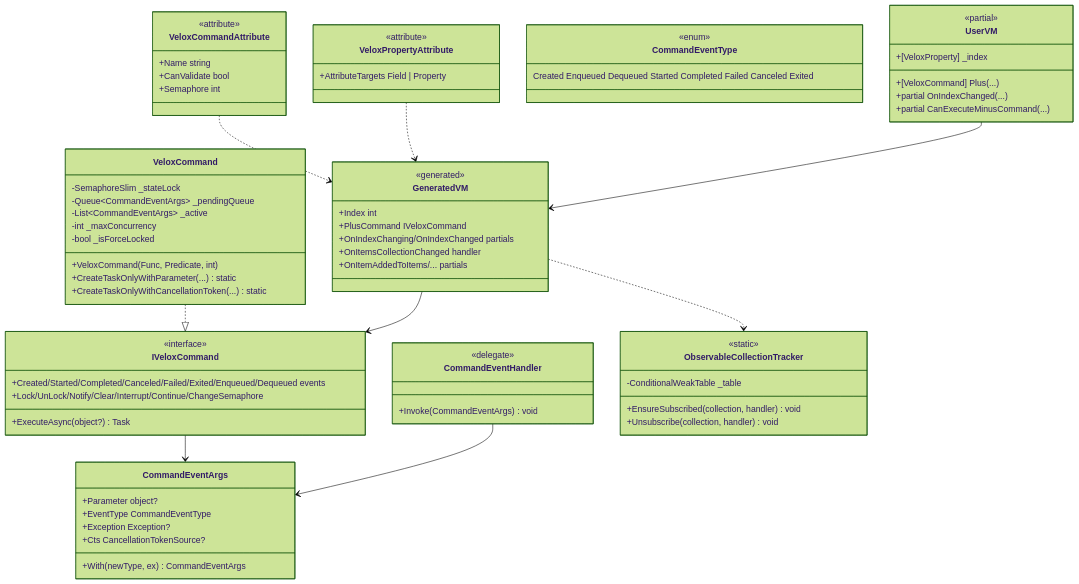
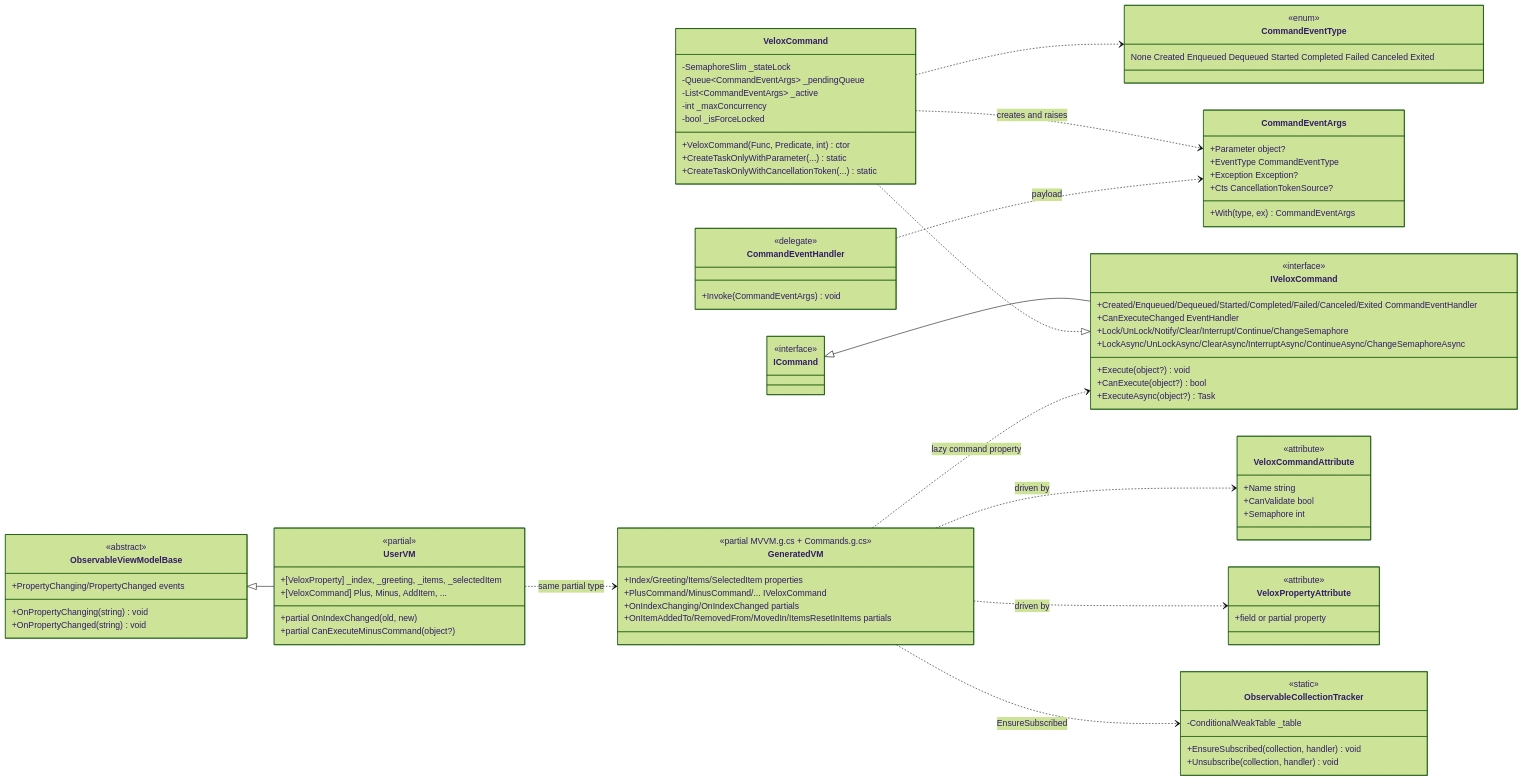
One commit to Axvser/VeloxDev.Docs changed the first of 2 diagrams in src/CloudGlyph/Assets/Docs/content/en/3_SE_Analysis/02_design-patterns/02_mvvm/index.md. Above: the diagram before and after it, drawn with Mermaid (forest theme). The commit also changed other lines of this file and 443 other files, not shown here.

````diff
--- a/src/CloudGlyph/Assets/Docs/content/en/3_SE_Analysis/02_design-patterns/02_mvvm/index.md
+++ b/src/CloudGlyph/Assets/Docs/content/en/3_SE_Analysis/02_design-patterns/02_mvvm/index.md
@@ -3,8 +7,9 @@
 ```mermaid
 classDiagram
+    direction LR
     class VeloxPropertyAttribute {
         <<attribute>>
-        +AttributeTargets Field | Property
+        +field or partial property
     }
     class VeloxCommandAttribute {
         <<attribute>>
@@ -12,15 +17,21 @@
         +CanValidate bool
         +Semaphore int
     }
+    class ICommand {
+        <<interface>>
+    }
     class IVeloxCommand {
         <<interface>>
-        <<ICommand>>
-        +Created/Started/Completed/Canceled/Failed/Exited/Enqueued/Dequeued events
+        +Created/Enqueued/Dequeued/Started/Completed/Failed/Canceled/Exited CommandEventHandler
+        +CanExecuteChanged EventHandler
+        +Execute(object?) void
+        +CanExecute(object?) bool
+        +ExecuteAsync(object?) Task
         +Lock/UnLock/Notify/Clear/Interrupt/Continue/ChangeSemaphore
-        +ExecuteAsync(object?) Task
+        +LockAsync/UnLockAsync/ClearAsync/InterruptAsync/ContinueAsync/ChangeSemaphoreAsync
     }
     class VeloxCommand {
-        +VeloxCommand(Func, Predicate, int)
+        +VeloxCommand(Func, Predicate, int) ctor
         +CreateTaskOnlyWithParameter(...) static
         +CreateTaskOnlyWithCancellationToken(...) static
         -SemaphoreSlim _stateLock
@@ -29,20 +40,20 @@
         -int _maxConcurrency
         -bool _isForceLocked
     }
+    class CommandEventType {
+        <<enum>>
+        None Created Enqueued Dequeued Started Completed Failed Canceled Exited
+    }
     class CommandEventArgs {
         +Parameter object?
         +EventType CommandEventType
         +Exception Exception?
         +Cts CancellationTokenSource?
-        +With(newType, ex) CommandEventArgs
+        +With(type, ex) CommandEventArgs
     }
     class CommandEventHandler {
         <<delegate>>
         +Invoke(CommandEventArgs) void
-    }
-    class CommandEventType {
-        <<enum>>
-        Created Enqueued Dequeued Started Completed Failed Canceled Exited
     }
     class ObservableCollectionTracker {
         <<static>>
@@ -50,28 +61,36 @@
         +Unsubscribe(collection, handler) void
         -ConditionalWeakTable _table
     }
+    class ObservableViewModelBase {
+        <<abstract>>
+        +PropertyChanging/PropertyChanged events
+        +OnPropertyChanging(string) void
+        +OnPropertyChanged(string) void
+    }
     class UserVM {
         <<partial>>
-        +[VeloxProperty] _index
-        +[VeloxCommand] Plus(...)
-        +partial OnIndexChanged(...)
-        +partial CanExecuteMinusCommand(...)
+        +[VeloxProperty] _index, _greeting, _items, _selectedItem
+        +[VeloxCommand] Plus, Minus, AddItem, ...
+        +partial OnIndexChanged(old, new)
+        +partial CanExecuteMinusCommand(object?)
     }
     class GeneratedVM {
-        <<generated>>
-        +Index int
-        +PlusCommand IVeloxCommand
+        <<partial MVVM.g.cs + Commands.g.cs>>
+        +Index/Greeting/Items/SelectedItem properties
+        +PlusCommand/MinusCommand/... IVeloxCommand
         +OnIndexChanging/OnIndexChanged partials
-        +OnItemsCollectionChanged handler
-        +OnItemAddedToItems/... partials
+        +OnItemAddedTo/RemovedFrom/MovedIn/ItemsResetInItems partials
     }
 
-    VeloxCommandAttribute ..> GeneratedVM
-    VeloxPropertyAttribute ..> GeneratedVM
-    GeneratedVM --> IVeloxCommand
+    ICommand <|-- IVeloxCommand
     VeloxCommand ..|> IVeloxCommand
-    IVeloxCommand --> CommandEventArgs
-    CommandEventHandler --> CommandEventArgs
-    GeneratedVM ..> ObservableCollectionTracker
-    UserVM --> GeneratedVM
+    VeloxCommand ..> CommandEventType
+    VeloxCommand ..> CommandEventArgs : creates and raises
+    CommandEventHandler ..> CommandEventArgs : payload
+    GeneratedVM ..> IVeloxCommand : lazy command property
+    GeneratedVM ..> ObservableCollectionTracker : EnsureSubscribed
+    GeneratedVM ..> VeloxPropertyAttribute : driven by
+    GeneratedVM ..> VeloxCommandAttribute : driven by
+    UserVM ..> GeneratedVM : same partial type
+    ObservableViewModelBase <|-- UserVM
 ```
````
